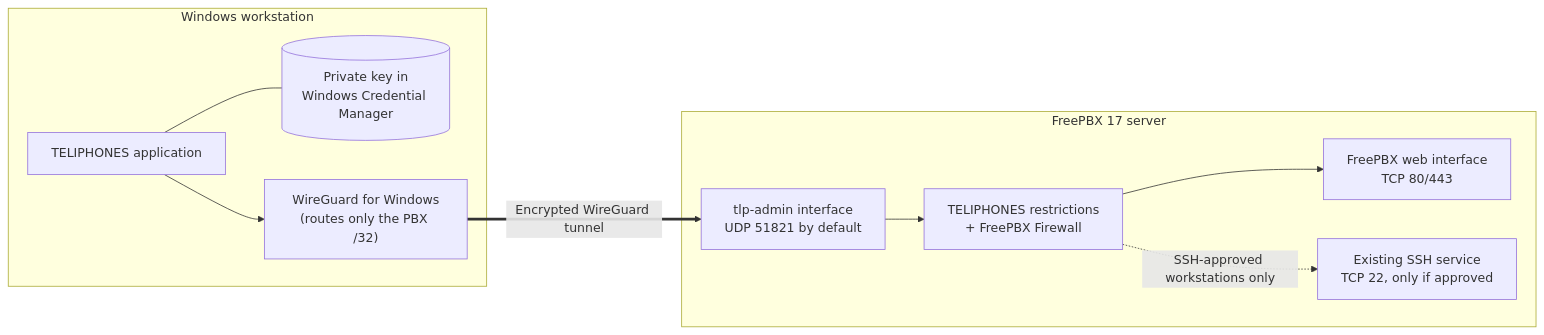
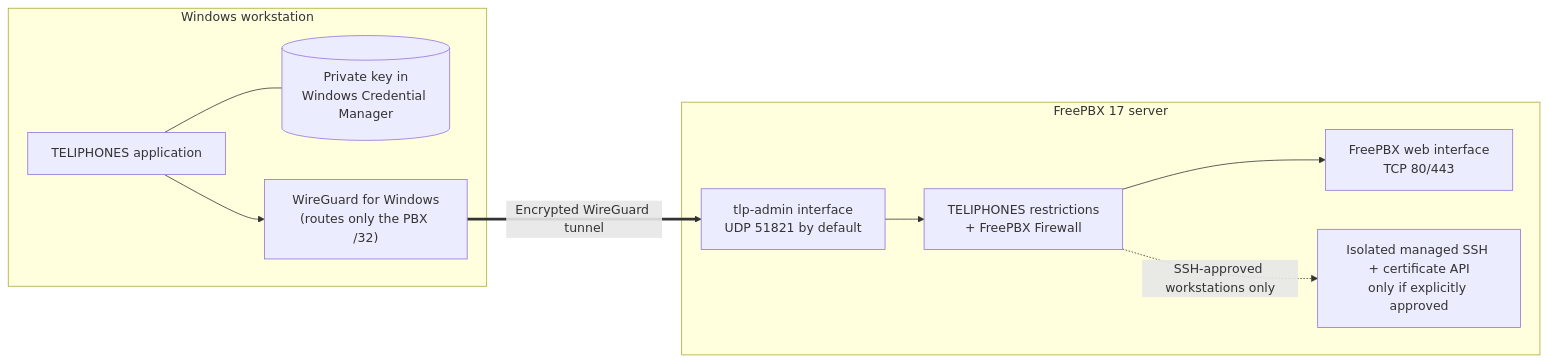
One commit to kierknoby/teliphones changed the first of 5 diagrams in README.md. Above: the diagram before and after it, drawn with Mermaid. The commit also changed other lines of this file and 66 other files, not shown here.

````diff
--- a/README.md
+++ b/README.md
@@ -117,20 +167,20 @@
 ```mermaid
 flowchart LR
     subgraph WS["Windows workstation"]
         APP["TELIPHONES application"]
         KEY[("Private key in<br/>Windows Credential Manager")]
         WG["WireGuard for Windows<br/>(routes only the PBX /32)"]
         APP --- KEY
         APP --> WG
     end
     subgraph PBX["FreePBX 17 server"]
         IF["tlp-admin interface<br/>UDP 51821 by default"]
         FW["TELIPHONES restrictions<br/>+ FreePBX Firewall"]
         WEB["FreePBX web interface<br/>TCP 80/443"]
-        SSH["Existing SSH service<br/>TCP 22, only if approved"]
+        SSH["Isolated managed SSH + certificate API<br/>only if explicitly approved"]
         IF --> FW
         FW --> WEB
         FW -. "SSH-approved workstations only" .-> SSH
     end
     WG == "Encrypted WireGuard tunnel" ==> IF
 ```
````
